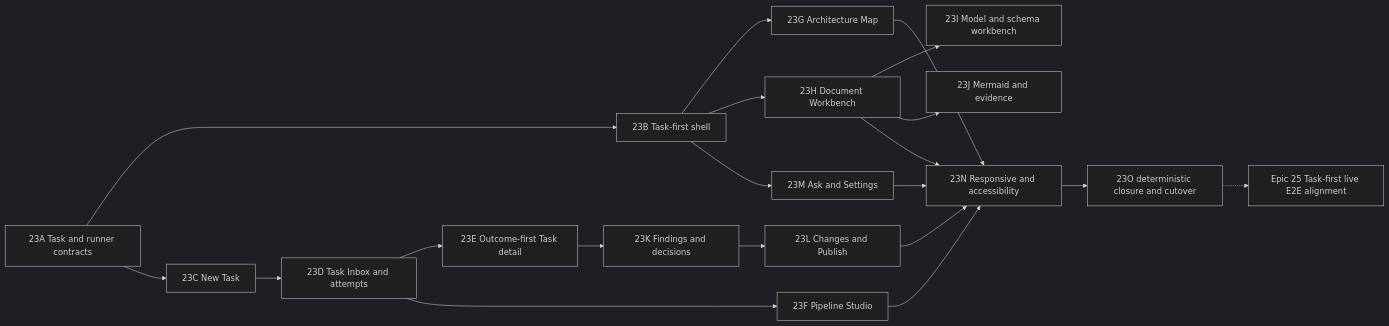
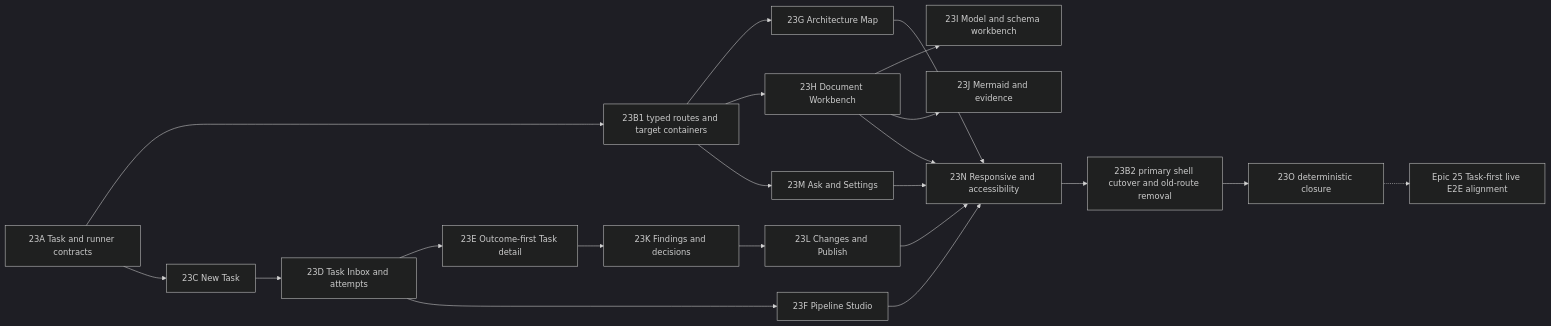
The diagram in docs/UI_TASK_FIRST_PRODUCT_MIGRATION_PLAN.md (GrinRus/ProvenArch), drawn with Mermaid (dark theme) before and after one commit. The commit also changed other lines of this file and 13 other files, not shown here.

Commit message:
docs: record task-first and validation decisions (#223)

````diff
--- a/docs/UI_TASK_FIRST_PRODUCT_MIGRATION_PLAN.md
+++ b/docs/UI_TASK_FIRST_PRODUCT_MIGRATION_PLAN.md
@@ -72,22 +80,23 @@
 ```mermaid
 flowchart LR
-  A["23A Task and runner contracts"] --> B["23B Task-first shell"]
+  A["23A Task and runner contracts"] --> B1["23B1 typed routes and target containers"]
   A --> C["23C New Task"]
   C --> D["23D Task Inbox and attempts"]
   D --> E["23E Outcome-first Task detail"]
   D --> F["23F Pipeline Studio"]
-  B --> G["23G Architecture Map"]
-  B --> H["23H Document Workbench"]
+  B1 --> G["23G Architecture Map"]
+  B1 --> H["23H Document Workbench"]
   H --> I["23I Model and schema workbench"]
   H --> J["23J Mermaid and evidence"]
   E --> K["23K Findings and decisions"]
   K --> L["23L Changes and Publish"]
-  B --> M["23M Ask and Settings"]
+  B1 --> M["23M Ask and Settings"]
   F --> N["23N Responsive and accessibility"]
   G --> N
   H --> N
   L --> N
   M --> N
-  N --> O["23O deterministic closure and cutover"]
+  N --> B2["23B2 primary shell cutover and old-route removal"]
+  B2 --> O["23O deterministic closure"]
   O -.-> P["Epic 25 Task-first live E2E alignment"]
 ```
````
